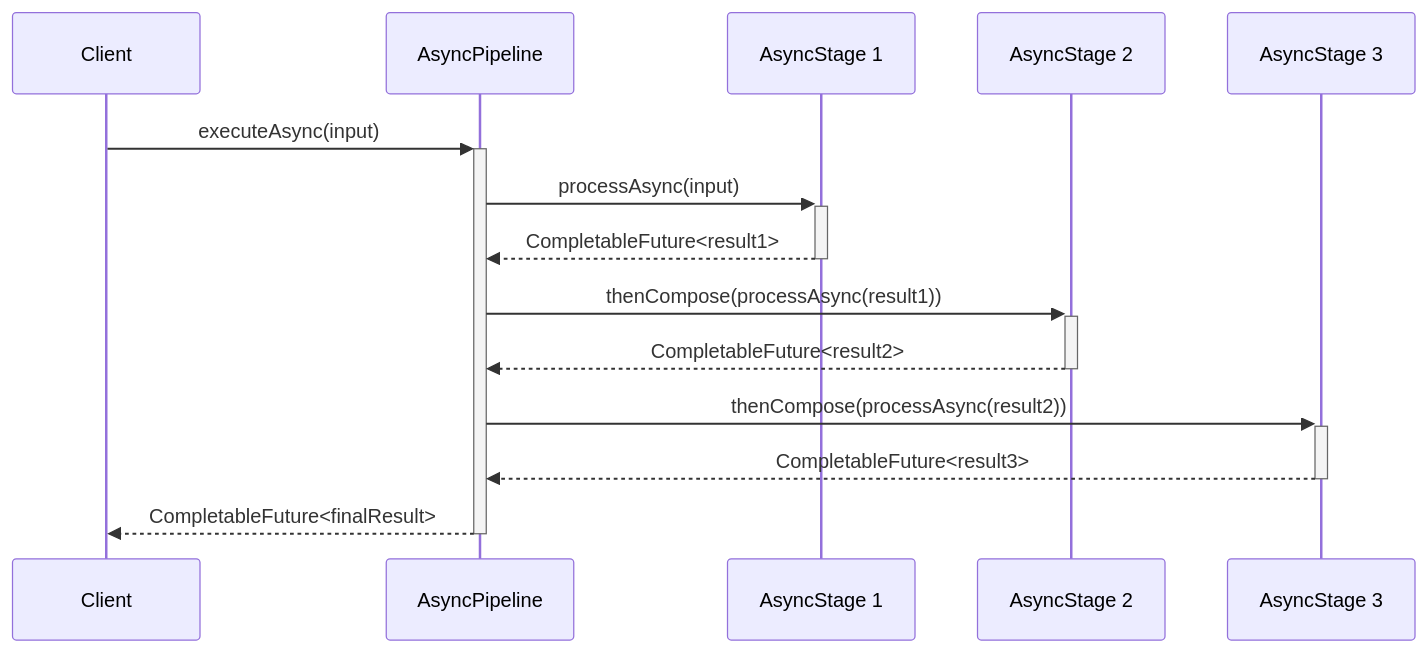
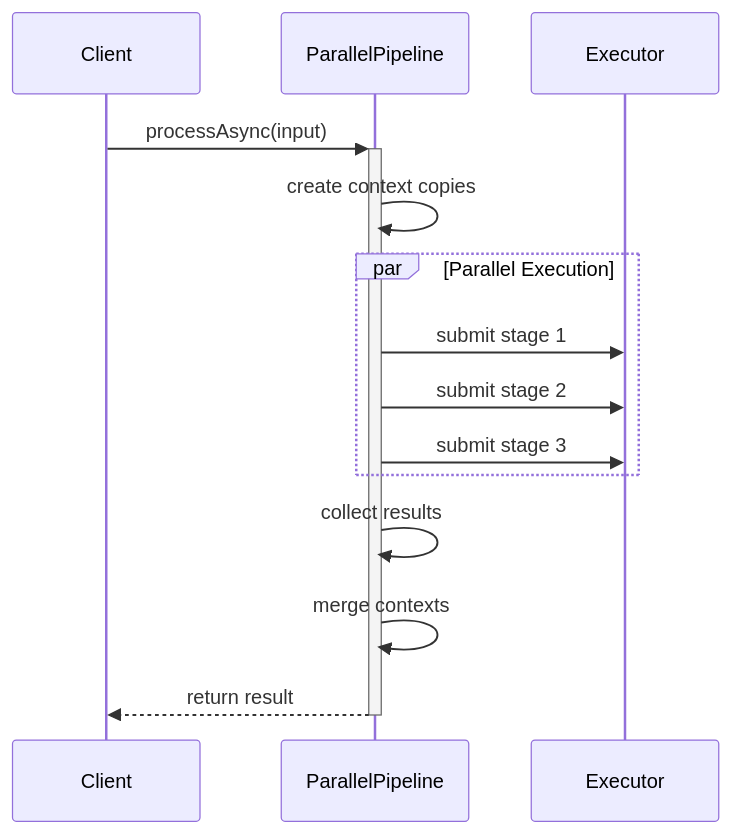
Before and after one commit to scimbe/VS_Pattern_By_KI: the fifth of 13 diagrams in Pipeline/docs/IMPLEMENTATION_GUIDE.md, drawn with Mermaid. The commit also changed other lines of this file and 19 other files, not shown here.

````diff
--- a/Pipeline/docs/IMPLEMENTATION_GUIDE.md
+++ b/Pipeline/docs/IMPLEMENTATION_GUIDE.md
@@ -74,20 +80,19 @@
 ```mermaid
 sequenceDiagram
     participant Client
-    participant Pipeline as AsyncPipeline
-    participant Stage1 as AsyncStage 1
-    participant Stage2 as AsyncStage 2
-    participant Stage3 as AsyncStage 3
+    participant Pipeline as ParallelPipeline
+    participant Executor
     
-    Client->>+Pipeline: executeAsync(input)
-    Pipeline->>+Stage1: processAsync(input)
-    Stage1-->>-Pipeline: CompletableFuture<result1>
+    Client->>+Pipeline: processAsync(input)
+    Pipeline->>Pipeline: create context copies
     
-    Pipeline->>+Stage2: thenCompose(processAsync(result1))
-    Stage2-->>-Pipeline: CompletableFuture<result2>
+    par Parallel Execution
+        Pipeline->>Executor: submit stage 1
+        Pipeline->>Executor: submit stage 2
+        Pipeline->>Executor: submit stage 3
+    end
     
-    Pipeline->>+Stage3: thenCompose(processAsync(result2))
-    Stage3-->>-Pipeline: CompletableFuture<result3>
-    
-    Pipeline-->>-Client: CompletableFuture<finalResult>
+    Pipeline->>Pipeline: collect results
+    Pipeline->>Pipeline: merge contexts
+    Pipeline-->>-Client: return result
 ```
````
